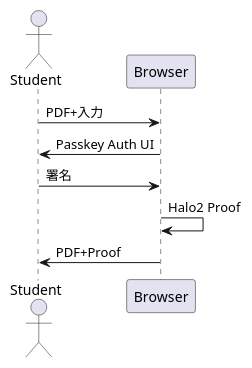
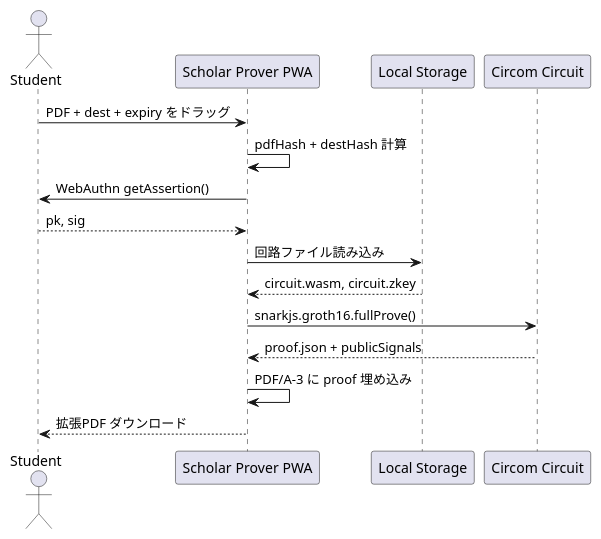
One commit to Blank-Vulture/Tri-CertFramework changed the second of 2 diagrams in documents/FSD_JP.md. Above: the diagram before and after it, drawn with PlantUML. The commit also changed other lines of this file and 6 other files, not shown here.

````diff
--- a/documents/FSD_JP.md
+++ b/documents/FSD_JP.md
@@ -43,11 +88,19 @@
 ```plantuml
 @startuml
 actor Student
-participant Browser
-Student -> Browser : PDF+入力
-Browser -> Student : Passkey Auth UI
-Student -> Browser : 署名
-Browser -> Browser : Halo2 Proof
-Browser -> Student : PDF+Proof
+participant "Scholar Prover PWA" as PWA
+participant "Local Storage" as LS
+participant "Circom Circuit" as Circuit
+
+Student -> PWA : PDF + dest + expiry をドラッグ
+PWA -> PWA : pdfHash + destHash 計算
+PWA -> Student : WebAuthn getAssertion()
+Student --> PWA : pk, sig
+PWA -> LS : 回路ファイル読み込み
+LS --> PWA : circuit.wasm, circuit.zkey
+PWA -> Circuit : snarkjs.groth16.fullProve()
+Circuit --> PWA : proof.json + publicSignals
+PWA -> PWA : PDF/A-3 に proof 埋め込み
+PWA --> Student : 拡張PDF ダウンロード
 @enduml
 ```
````
